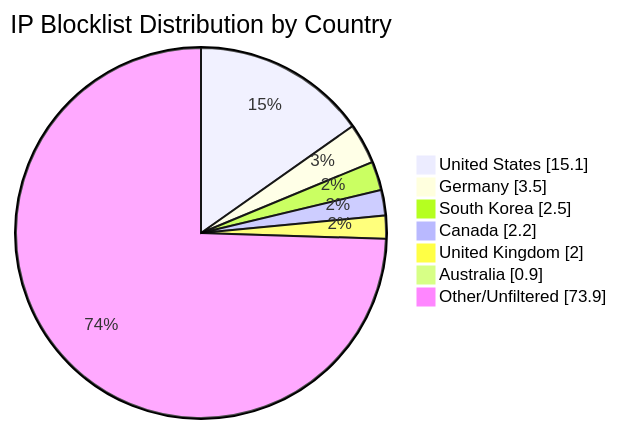
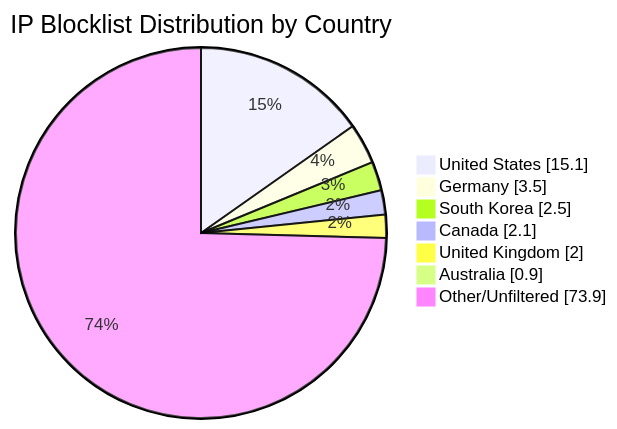
The diagram in README.md (MarcusHoltz/ipblocklist-geofiltered-aggregator), drawn with Mermaid before and after one commit. The commit also changed other lines of this file and 9 other files, not shown here.

````diff
--- a/README.md
+++ b/README.md
@@ -34,10 +34,10 @@
 ```mermaid
 pie showData title IP Blocklist Distribution by Country
 "United States" : 15.1
 "Germany" : 3.5
 "South Korea" : 2.5
-"Canada" : 2.2
+"Canada" : 2.1
 "United Kingdom" : 2.0
 "Australia" : 0.9
 "Other/Unfiltered" : 73.9
 ```
````
